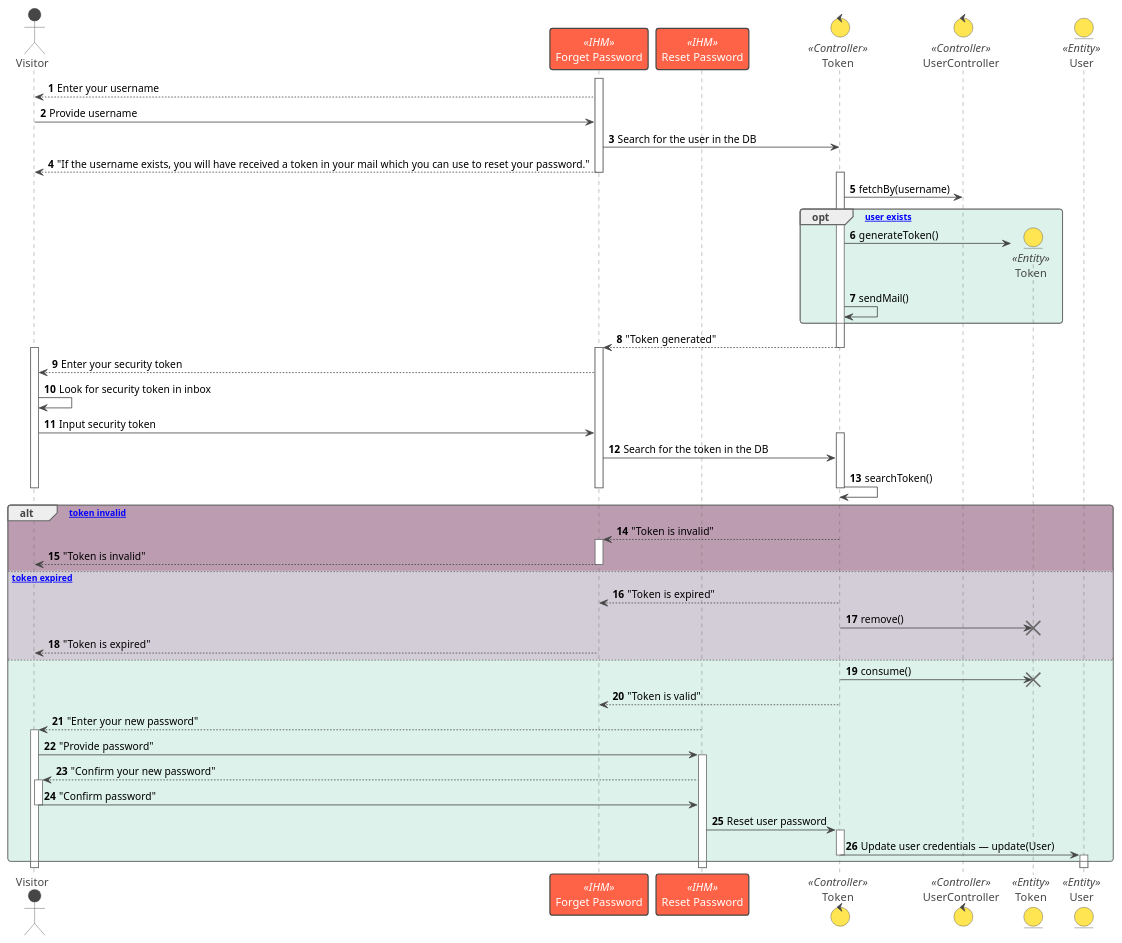
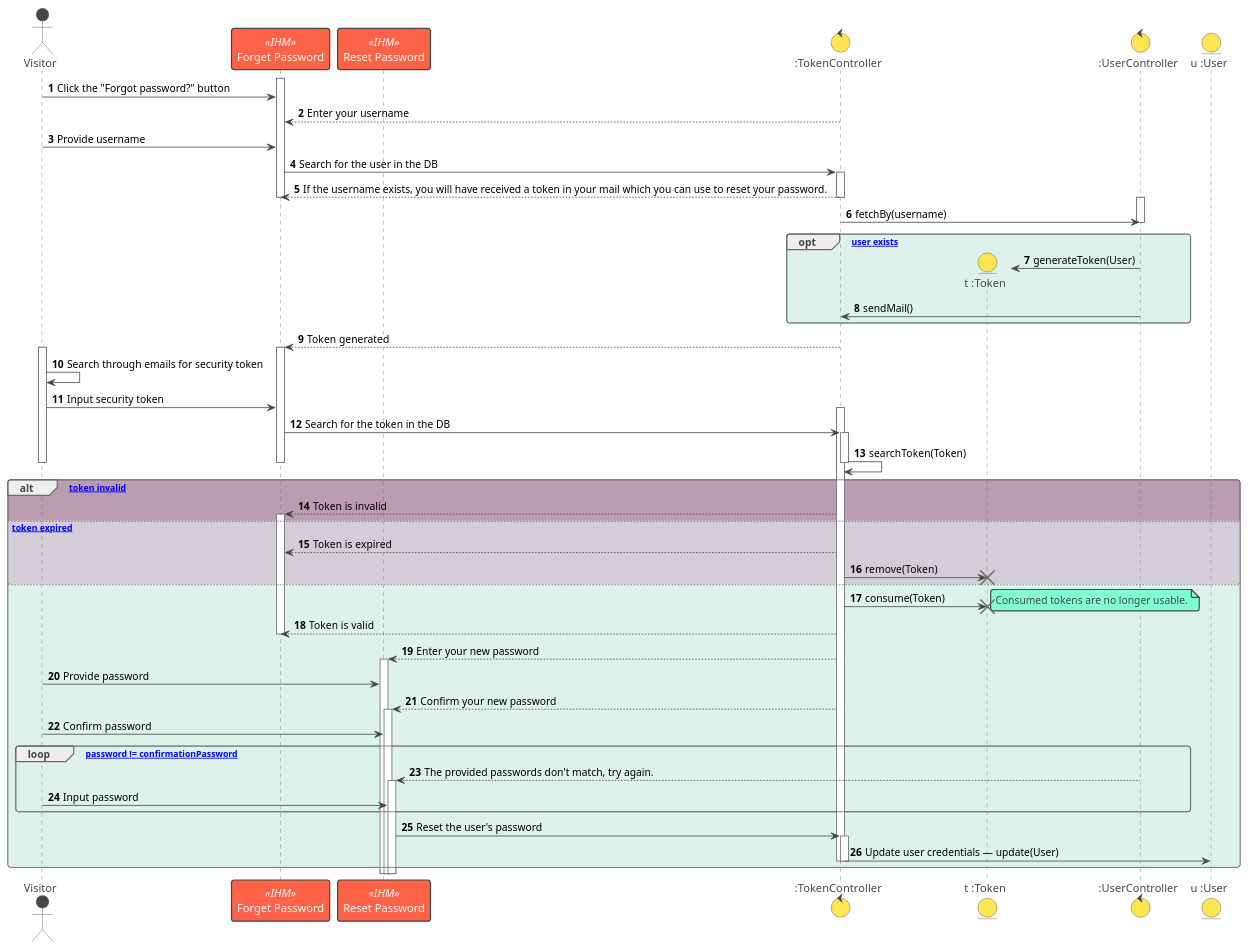
Before and after one commit to Druid-ESPRIT/magnum-docs: the diagram in uml/token.puml, drawn with PlantUML. The commit also changed 3 other files, not shown here.

```diff
--- a/uml/token.puml
+++ b/uml/token.puml
@@ -1,63 +1,73 @@
 @startuml
 !theme vibrant
 
 actor Visitor as V
 participant "Forget Password" as IHMFP << IHM >>
 participant "Reset Password" as IHMRP << IHM >>
-control Token as Ctrl << Controller >>
-control UserController as UCtrl << Controller >>
-entity Token << Entity >>
-entity User << Entity >>
+control ":TokenController" as TCtrl
+entity "t :Token" as Token
+control ":UserController" as UCtrl
+entity "u :User" as User
 
 autonumber
 
 activate IHMFP
-IHMFP --> V: Enter your username
+V -> IHMFP: Click the "Forgot password?" button
+TCtrl --> IHMFP: Enter your username
 V -> IHMFP: Provide username
-IHMFP -> Ctrl: Search for the user in the DB
-IHMFP --> V: "If the username exists, you will have received a token in your mail which you can use to reset your password."
+IHMFP -> TCtrl ++: Search for the user in the DB
+TCtrl --> IHMFP --: If the username exists, you will have received a token in your mail which you can use to reset your password.
 deactivate IHMFP
 
-activate Ctrl
-Ctrl -> UCtrl: fetchBy(username)
+activate UCtrl
+TCtrl -> UCtrl: fetchBy(username)
+deactivate UCtrl
 
 opt #DDF2EB [If user exists]
-   Ctrl -> Token **: generateToken()
-   Ctrl -> Ctrl: sendMail()
+   UCtrl -> Token **: generateToken(User)
+   UCtrl -> TCtrl: sendMail()
 end
 
-Ctrl --> IHMFP --: "Token generated"
-deactivate Ctrl
+TCtrl --> IHMFP --: Token generated
+deactivate TCtrl
 
 activate IHMFP
 activate V
-IHMFP --> V: Enter your security token
-V -> V: Look for security token in inbox
+V -> V: Search through emails for security token
 V -> IHMFP: Input security token
-activate Ctrl
-IHMFP -> Ctrl: Search for the token in the DB
-Ctrl -> Ctrl --: searchToken()
+activate TCtrl
+IHMFP -> TCtrl++: Search for the token in the DB
+TCtrl -> TCtrl--: searchToken(Token)
 deactivate IHMFP
 deactivate V
 
 alt #BC9CB0 [If token invalid]
-   Ctrl --> IHMFP ++: "Token is invalid"
-   IHMFP --> V --: "Token is invalid"
+   TCtrl --> IHMFP ++: Token is invalid
 else #D3CDD7 [If token expired]
-   Ctrl --> IHMFP: "Token is expired"
-   Ctrl -> Token !!: remove()
-   IHMFP --> V: "Token is expired"
+   TCtrl --> IHMFP: Token is expired
+   TCtrl -> Token !!: remove(Token)
 else #DDF2EB
-   Ctrl -> Token !!: consume()
-   Ctrl --> IHMFP: "Token is valid"
+   TCtrl -> Token !!: consume(Token)
+   note right 
+      Consumed tokens are no longer usable.
+   end note
+   TCtrl --> IHMFP: Token is valid
 
-   IHMRP --> V ++: "Enter your new password"
-   V -> IHMRP ++: "Provide password"
+   deactivate IHMFP
 
-   IHMRP --> V ++: "Confirm your new password"
-   V -> IHMRP --: "Confirm password"
+   TCtrl --> IHMRP ++: Enter your new password
+   V -> IHMRP --: Provide password
 
-   IHMRP -> Ctrl ++: Reset user password
-   Ctrl -> User --++: Update user credentials — update(User)
+   TCtrl --> IHMRP ++: Confirm your new password
+   V -> IHMRP --: Confirm password
+
+   loop [while password != confirmationPassword] 
+      UCtrl --> IHMRP ++: The provided passwords don't match, try again.
+      V -> IHMRP --: Input password
+   end
+
+   IHMRP -> TCtrl ++: Reset the user's password
+   TCtrl -> User --: Update user credentials — update(User)
+
 end
 @enduml
```
